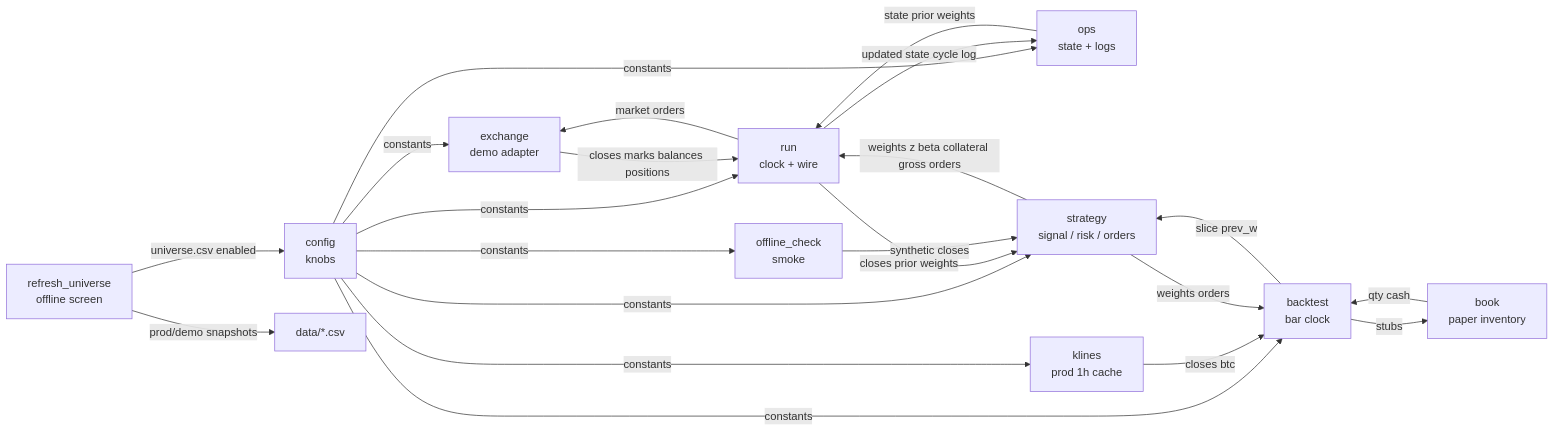
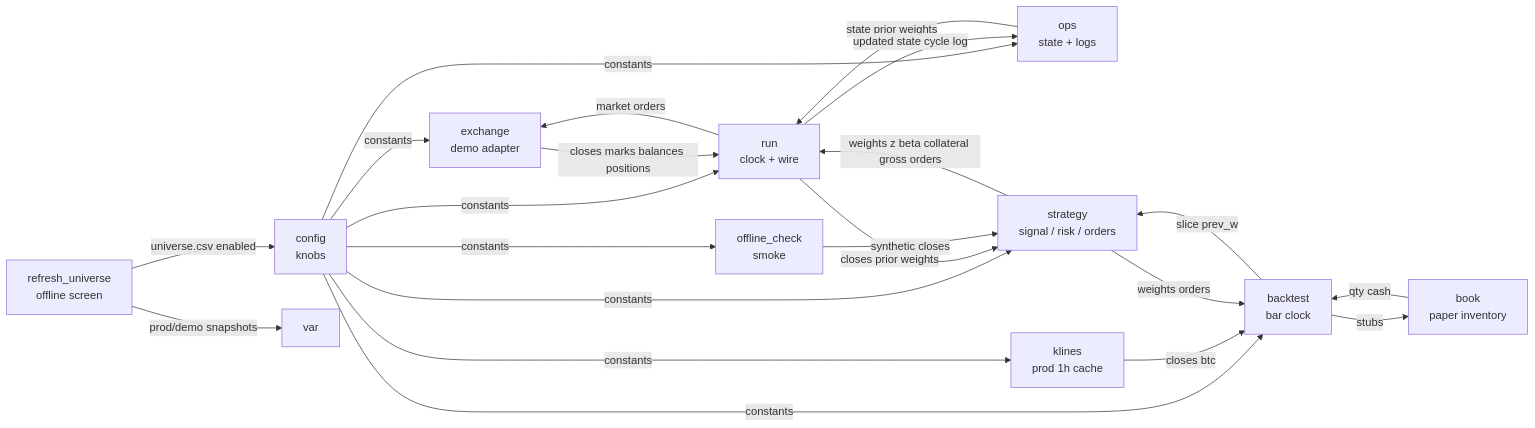
The first of 2 diagrams in docs/residual-trader.md (IsuruMahakumara/an-cszn-core), drawn with Mermaid before and after one commit. The commit also changed other lines of this file and 15 other files, not shown here.

````diff
--- a/docs/residual-trader.md
+++ b/docs/residual-trader.md
@@ -11,35 +11,35 @@
 ```mermaid
 flowchart LR
   config["config<br/>knobs"]
   exchange["exchange<br/>demo adapter"]
   ops["ops<br/>state + logs"]
   strategy["strategy<br/>signal / risk / orders"]
   run["run<br/>clock + wire"]
   offline["offline_check<br/>smoke"]
   klines["klines<br/>prod 1h cache"]
   book["book<br/>paper inventory"]
   backtest["backtest<br/>bar clock"]
   screen["refresh_universe<br/>offline screen"]
 
   config -->|constants| exchange
   config -->|constants| strategy
   config -->|constants| ops
   config -->|constants| run
   exchange -->|closes marks balances positions| run
   ops -->|state prior weights| run
   run -->|closes prior weights| strategy
   strategy -->|weights z beta collateral gross orders| run
   run -->|market orders| exchange
   run -->|updated state cycle log| ops
   config -->|constants| offline
   offline -->|synthetic closes| strategy
   config -->|constants| klines
   config -->|constants| backtest
   klines -->|closes btc| backtest
   backtest -->|slice prev_w| strategy
   strategy -->|weights orders| backtest
   backtest -->|stubs| book
   book -->|qty cash| backtest
   screen -->|universe.csv enabled| config
-  screen -->|prod/demo snapshots| disk["data/*.csv"]
+  screen -->|prod/demo snapshots| disk["var"]
 ```
````
